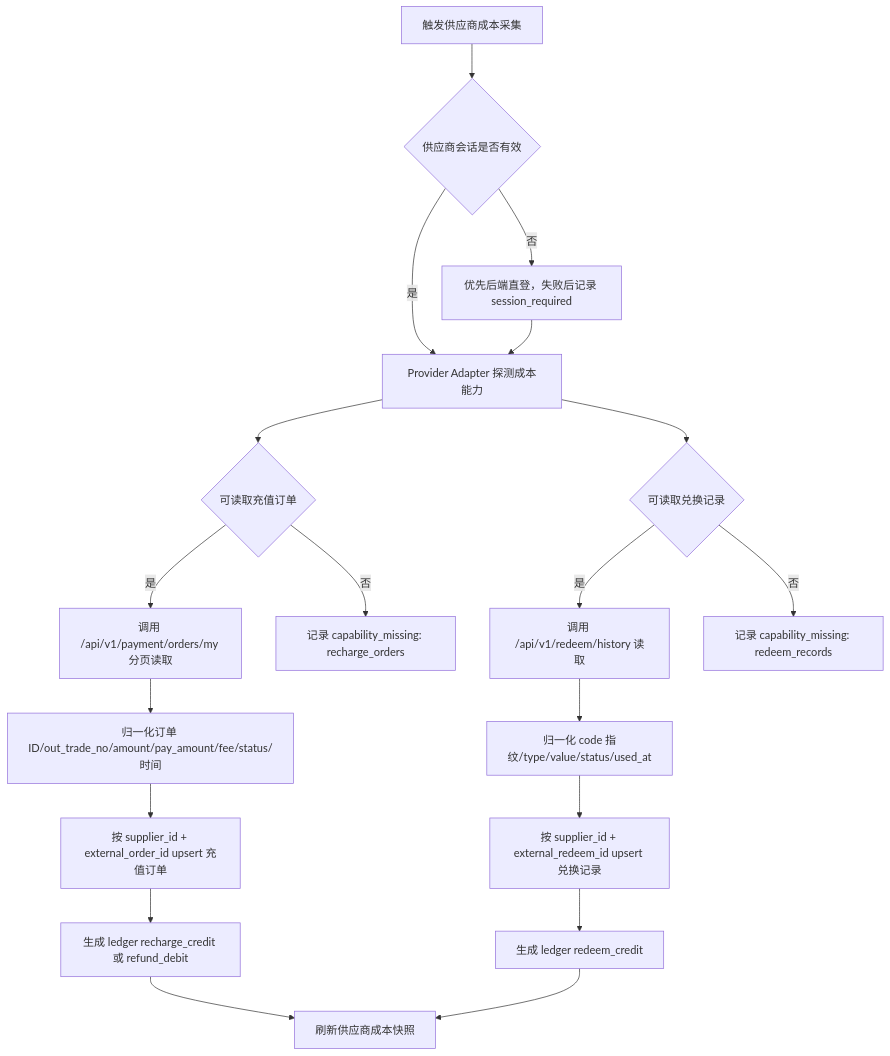
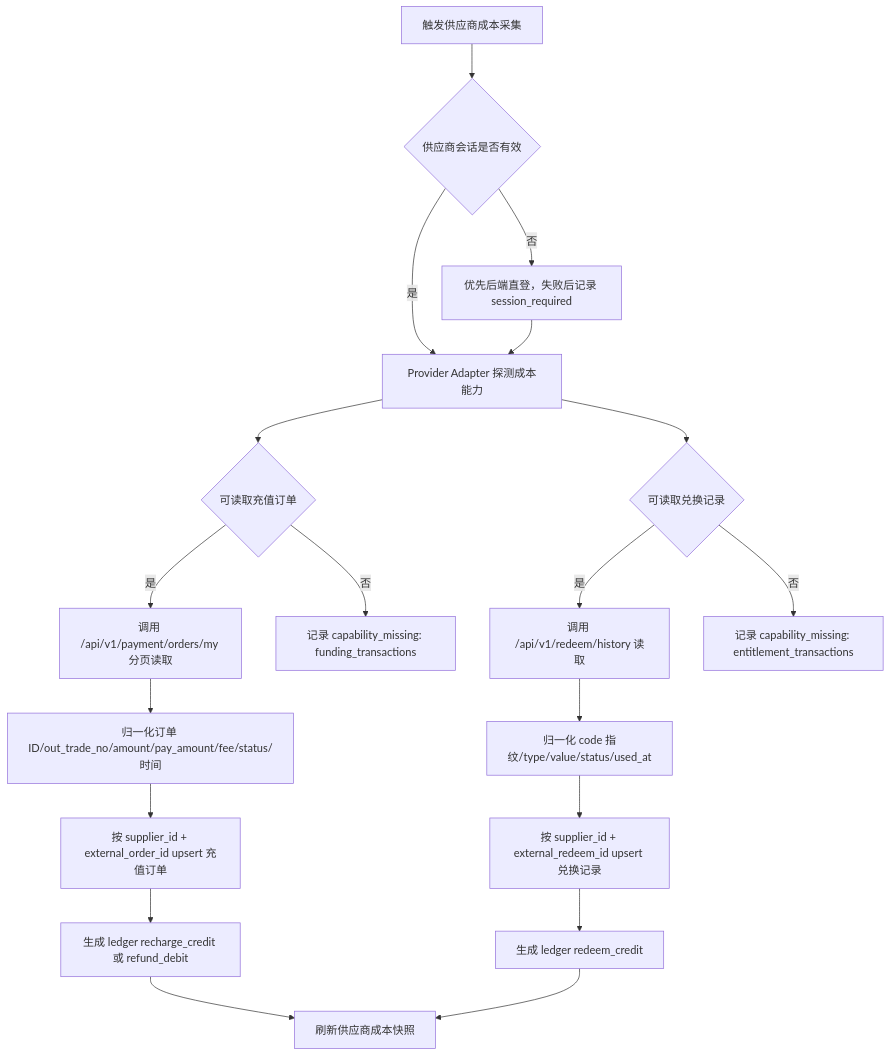
Diagram 17 of 20 in docs/roadmap/accounts/README.md (openrelayllm/superllm), drawn with Mermaid before and after one commit. The commit also changed other lines of this file and 147 other files, not shown here.

````diff
--- a/docs/roadmap/accounts/README.md
+++ b/docs/roadmap/accounts/README.md
@@ -607,21 +628,21 @@
 ```mermaid
 flowchart TD
   A[触发供应商成本采集] --> B{供应商会话是否有效}
   B -- 否 --> B1[优先后端直登，失败后记录 session_required]
   B -- 是 --> C[Provider Adapter 探测成本能力]
   B1 --> C
   C --> D{可读取充值订单}
   D -- 是 --> E[调用 /api/v1/payment/orders/my 分页读取]
-  D -- 否 --> D1[记录 capability_missing: recharge_orders]
+  D -- 否 --> D1[记录 capability_missing: funding_transactions]
   E --> F[归一化订单 ID/out_trade_no/amount/pay_amount/fee/status/时间]
   F --> G[按 supplier_id + external_order_id upsert 充值订单]
   G --> H[生成 ledger recharge_credit 或 refund_debit]
   C --> I{可读取兑换记录}
   I -- 是 --> J[调用 /api/v1/redeem/history 读取]
-  I -- 否 --> I1[记录 capability_missing: redeem_records]
+  I -- 否 --> I1[记录 capability_missing: entitlement_transactions]
   J --> K[归一化 code 指纹/type/value/status/used_at]
   K --> L[按 supplier_id + external_redeem_id upsert 兑换记录]
   L --> M[生成 ledger redeem_credit]
   H --> N[刷新供应商成本快照]
   M --> N
 ```
````
